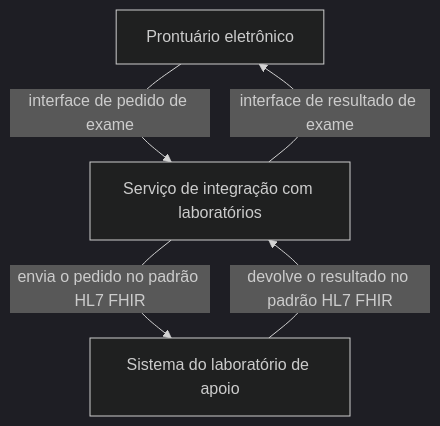
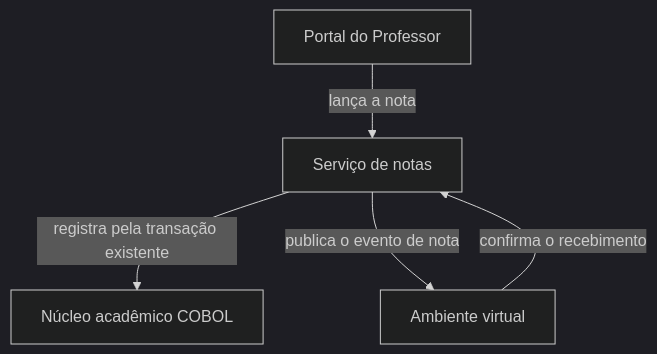
Before and after one commit to aulas-marco/projeto-arquitetura-software: the first of 6 diagrams in docs/modulo-4-dominios-da-solucao/bloco-3-arquitetura-de-aplicacoes-e-integracao.md, drawn with Mermaid (dark theme). The commit also changed other lines of this file and 47 other files, not shown here.

````diff
--- a/docs/modulo-4-dominios-da-solucao/bloco-3-arquitetura-de-aplicacoes-e-integracao.md
+++ b/docs/modulo-4-dominios-da-solucao/bloco-3-arquitetura-de-aplicacoes-e-integracao.md
@@ -31,11 +31,11 @@
 ```mermaid
 flowchart TB
-    PRO["Prontuário eletrônico"]
-    INT["Serviço de integração com laboratórios"]
-    LAB["Sistema do laboratório de apoio"]
-
-    PRO -->|"interface de pedido de exame"| INT
-    INT -->|"envia o pedido no padrão HL7 FHIR"| LAB
-    LAB -->|"devolve o resultado no padrão HL7 FHIR"| INT
-    INT -->|"interface de resultado de exame"| PRO
+    PRO["Portal do Professor"]
+    SN["Serviço de notas"]
+    NUC["Núcleo acadêmico COBOL"]
+    AVA["Ambiente virtual"]
+    PRO -->|"lança a nota"| SN
+    SN -->|"registra pela transação existente"| NUC
+    SN -->|"publica o evento de nota"| AVA
+    AVA -->|"confirma o recebimento"| SN
 ```
````
